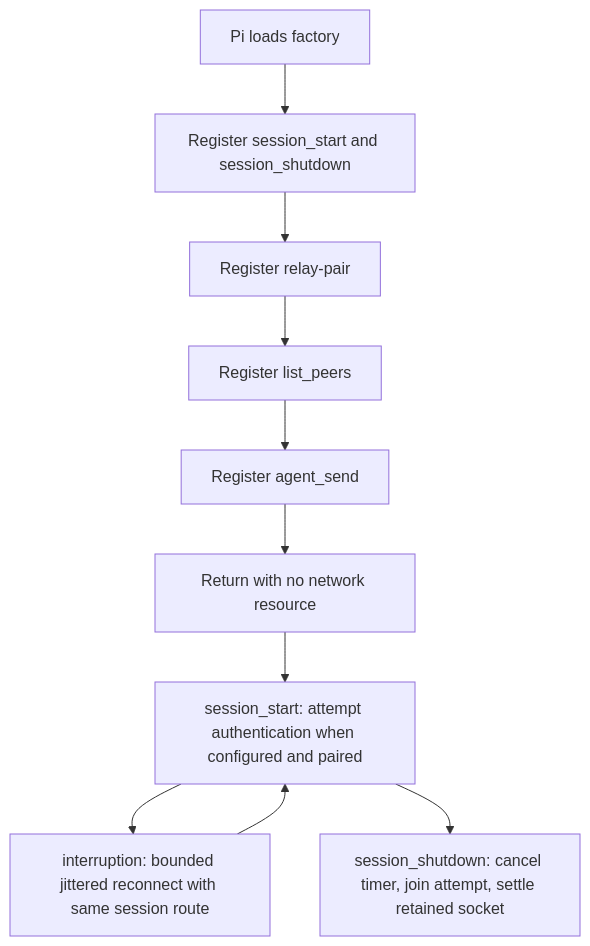
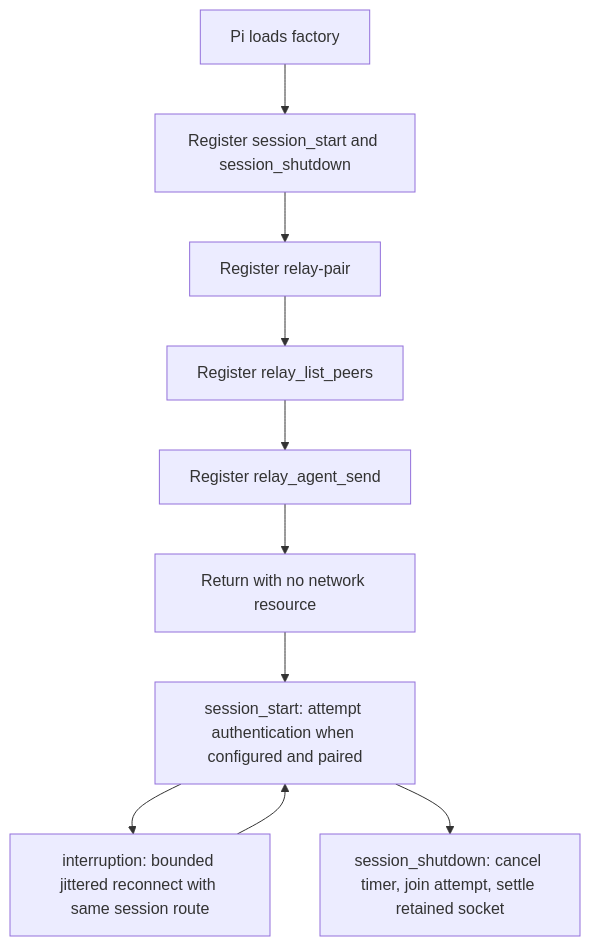
One commit to tigorlazuardi/pi-messaging-relay changed the diagram in docs/src/content/docs/developer/relay/disconnected-extension-shell.mdx. Above: the diagram before and after it, drawn with Mermaid. The commit also changed other lines of this file and 23 other files, not shown here.

First line of the commit message:
feat(extension)!: rename model tools to relay_list_peers and relay_agent_send

````diff
--- a/docs/src/content/docs/developer/relay/disconnected-extension-shell.mdx
+++ b/docs/src/content/docs/developer/relay/disconnected-extension-shell.mdx
@@ -19,12 +19,12 @@
 ```mermaid
 flowchart TD
     P[Pi loads factory] --> E[Register session_start and session_shutdown]
     E --> C[Register relay-pair]
-    C --> L[Register list_peers]
-    L --> S[Register agent_send]
+    C --> L[Register relay_list_peers]
+    L --> S[Register relay_agent_send]
     S --> D[Return with no network resource]
     D --> A[session_start: attempt authentication when configured and paired]
     A --> R[interruption: bounded jittered reconnect with same session route]
     R --> A
     A --> X[session_shutdown: cancel timer, join attempt, settle retained socket]
 ```
````
